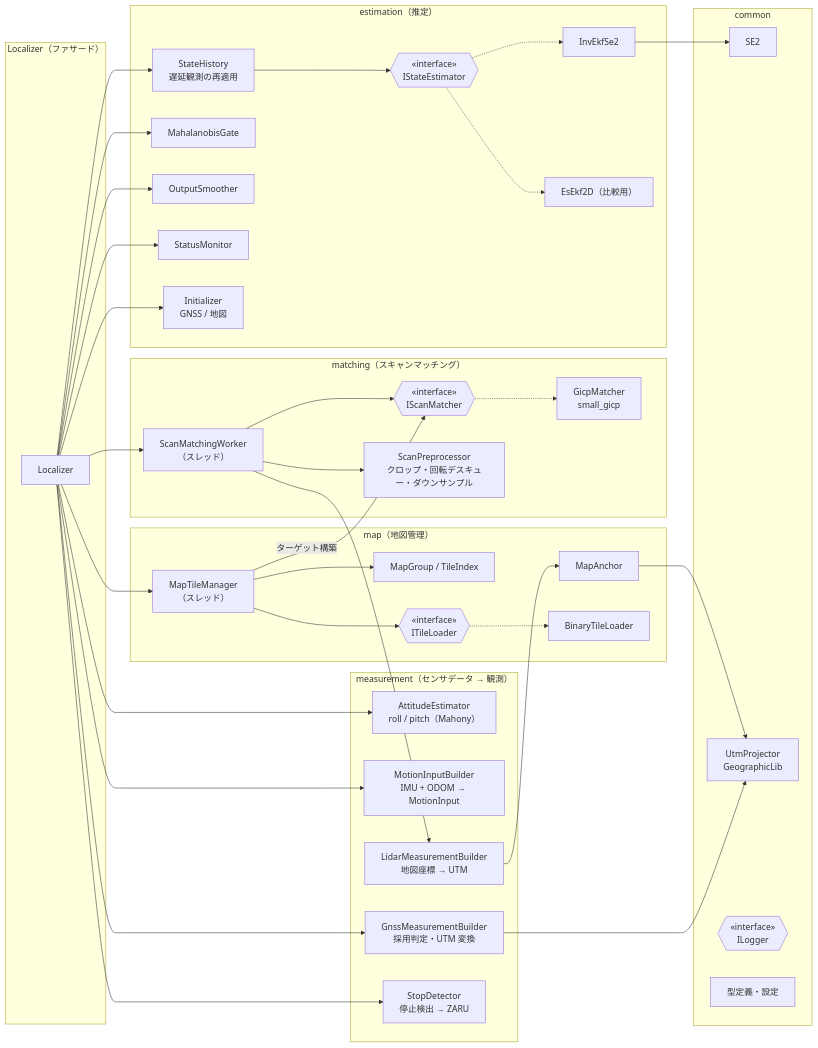
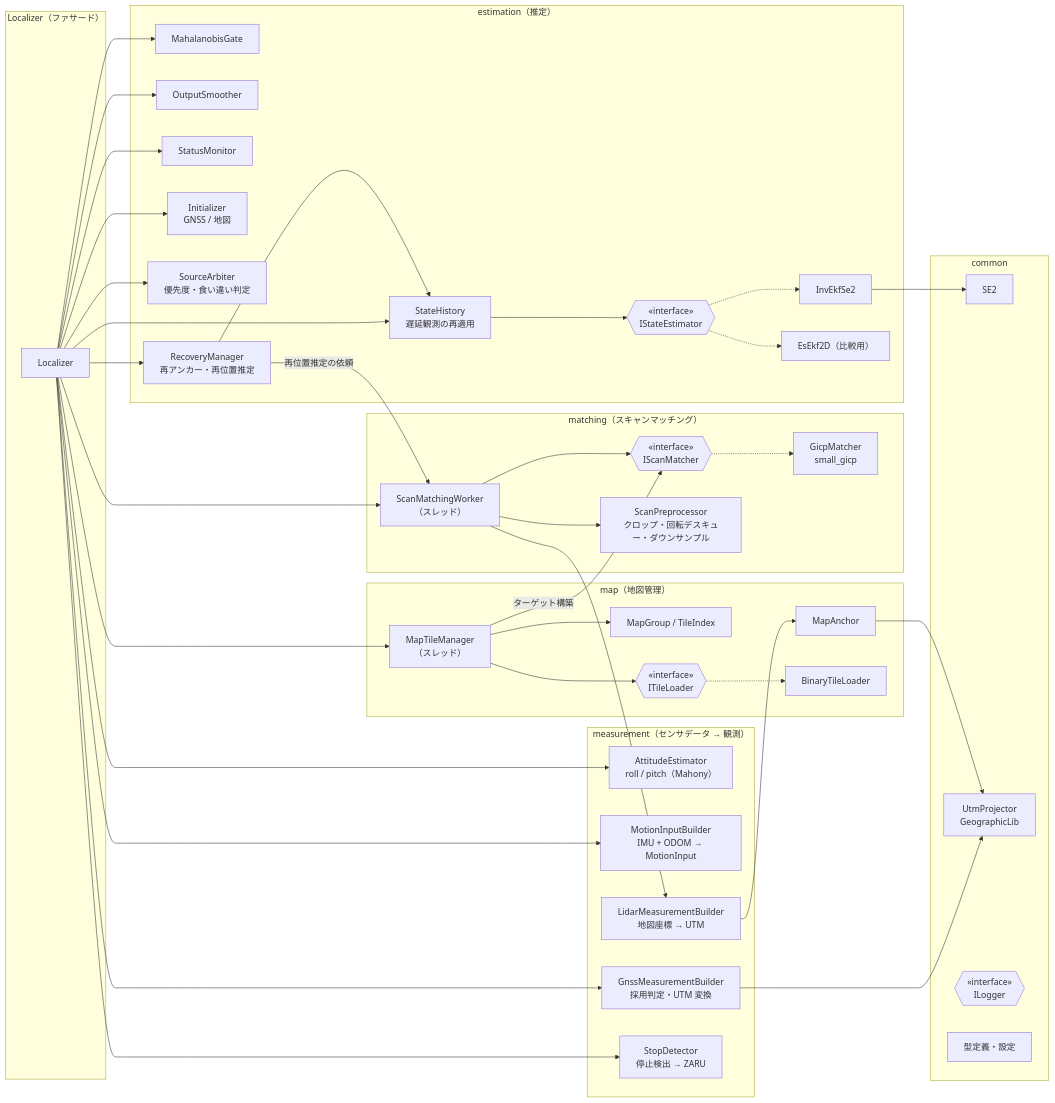
One commit to mamoru1126/gnss_and_lidar_localization changed the second of 12 diagrams in docs/architecture.md. Above: the diagram before and after it, drawn with Mermaid. The commit also changed other lines of this file and 1 other file, not shown here.

First line of the commit message:
docs: GNSS/LiDAR の優先度・食い違い判定・復帰を追加（設計書 v0.4）

````diff
--- a/docs/architecture.md
+++ b/docs/architecture.md
@@ -78,61 +78,66 @@
 ```mermaid
 flowchart LR
   subgraph facade["Localizer（ファサード）"]
     LOC["Localizer"]
   end
 
   subgraph measurement["measurement（センサデータ → 観測）"]
     ATT["AttitudeEstimator<br/>roll / pitch（Mahony）"]
     MIB["MotionInputBuilder<br/>IMU + ODOM → MotionInput"]
     GMB["GnssMeasurementBuilder<br/>採用判定・UTM 変換"]
     LMB["LidarMeasurementBuilder<br/>地図座標 → UTM"]
     STOP["StopDetector<br/>停止検出 → ZARU"]
   end
 
   subgraph estimation["estimation（推定）"]
     ISE{{"«interface»<br/>IStateEstimator"}}
     IEKF["InvEkfSe2"]
     ESEKF["EsEkf2D（比較用）"]
     HIST["StateHistory<br/>遅延観測の再適用"]
     GATE["MahalanobisGate"]
     SMO["OutputSmoother"]
     MON["StatusMonitor"]
     INIT["Initializer<br/>GNSS / 地図"]
+    ARB["SourceArbiter<br/>優先度・食い違い判定"]
+    REC["RecoveryManager<br/>再アンカー・再位置推定"]
   end
 
   subgraph matching["matching（スキャンマッチング）"]
     ISM{{"«interface»<br/>IScanMatcher"}}
     GICP["GicpMatcher<br/>small_gicp"]
     PRE["ScanPreprocessor<br/>クロップ・回転デスキュー・ダウンサンプル"]
     WRK["ScanMatchingWorker<br/>（スレッド）"]
   end
 
   subgraph map["map（地図管理）"]
     MTM["MapTileManager<br/>（スレッド）"]
     ANC["MapAnchor"]
     GRP["MapGroup / TileIndex"]
     ITL{{"«interface»<br/>ITileLoader"}}
     BTL["BinaryTileLoader"]
   end
 
   subgraph common["common"]
     SE2["SE2"]
     GEO["UtmProjector<br/>GeographicLib"]
     ILG{{"«interface»<br/>ILogger"}}
     TYP["型定義・設定"]
   end
 
   LOC --> ATT & MIB & GMB & STOP
   LOC --> HIST --> ISE
   ISE -.-> IEKF & ESEKF
   LOC --> GATE & SMO & MON & INIT
+  LOC --> ARB & REC
+  REC --> HIST
+  REC -- 再位置推定の依頼 --> WRK
   LOC --> WRK --> PRE
   WRK --> ISM -.-> GICP
   WRK --> LMB --> ANC
   LOC --> MTM --> GRP
   MTM --> ITL -.-> BTL
   MTM -- ターゲット構築 --> ISM
   GMB --> GEO
   ANC --> GEO
   IEKF --> SE2
 ```
````
